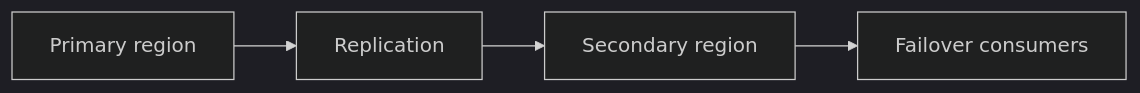
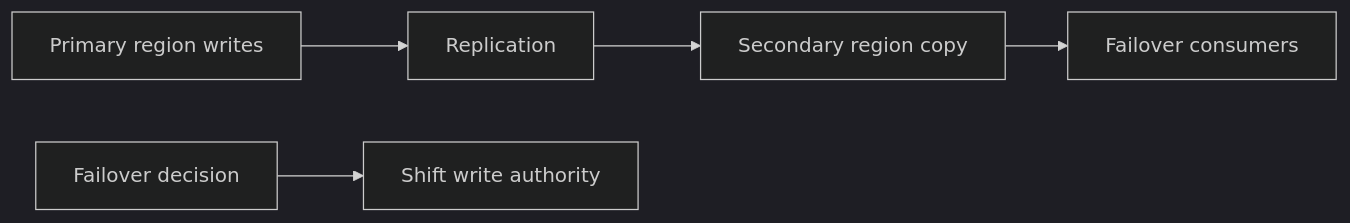
Before and after one commit to sandeepbhardwaj/sandeepbhardwaj.github.io: the diagram in _posts/2026-06-11-kafka-multi-region-replication-failover-part-1.md, drawn with Mermaid (dark theme). The commit also changed other lines of this file and 113 other files, not shown here.

````diff
--- a/_posts/2026-06-11-kafka-multi-region-replication-failover-part-1.md
+++ b/_posts/2026-06-11-kafka-multi-region-replication-failover-part-1.md
@@ -126,6 +41,7 @@
-        ```mermaid
+```mermaid
 flowchart LR
-    A[Primary region] --> B[Replication]
-    B --> C[Secondary region]
+    A[Primary region writes] --> B[Replication]
+    B --> C[Secondary region copy]
     C --> D[Failover consumers]
+    E[Failover decision] --> F[Shift write authority]
 ```
````
